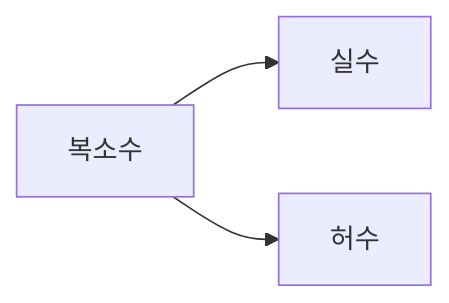
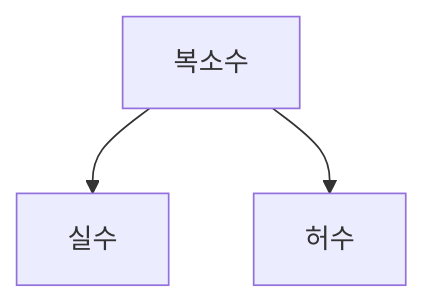
The diagram in _posts/2019-06-15-허수의 존재 의미에 대하여.md (answeredbyablemind/answeredbyablemind.github.io), drawn with Mermaid before and after one commit.

Commit message:
Update 2019-06-15-허수의 존재 의미에 대하여.md

````diff
--- a/_posts/2019-06-15-허수의 존재 의미에 대하여.md
+++ b/_posts/2019-06-15-허수의 존재 의미에 대하여.md
@@ -14,5 +14,5 @@
 ```mermaid
-graph LR
+graph TD
   A[복소수]--> B[실수];
   A--> C[허수];
 ```
````
